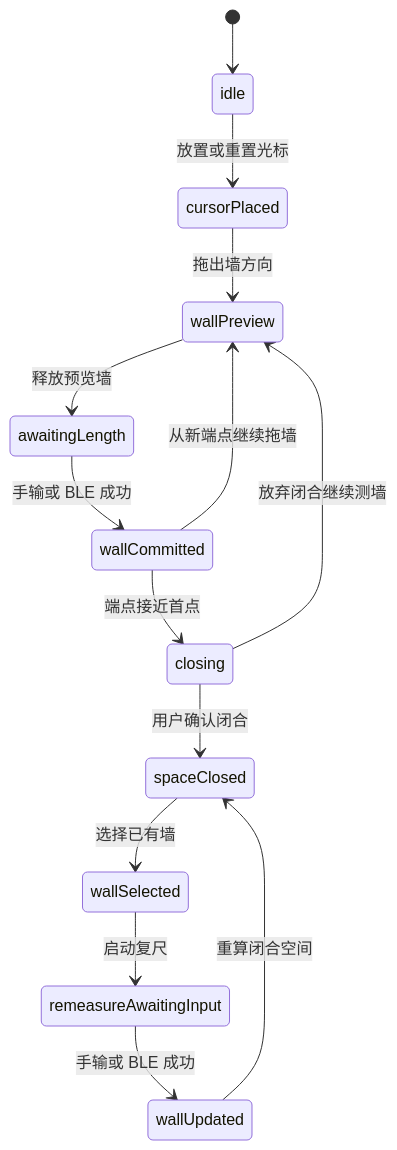
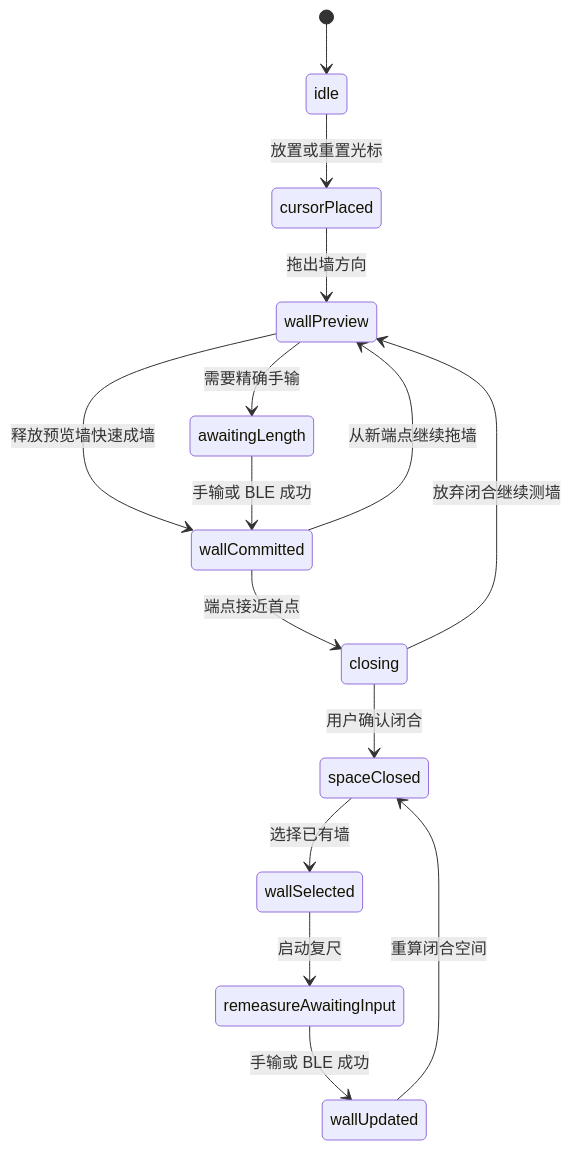
The diagram in docs/surveying-module/architecture-measurement-flow.md (zmc1212/Smart-Floor-Planner), drawn with Mermaid before and after one commit. The commit also changed other lines of this file and 151 other files, not shown here.

````diff
--- a/docs/surveying-module/architecture-measurement-flow.md
+++ b/docs/surveying-module/architecture-measurement-flow.md
@@ -8,16 +8,17 @@
 ```mermaid
 stateDiagram-v2
   [*] --> idle
   idle --> cursorPlaced: 放置或重置光标
   cursorPlaced --> wallPreview: 拖出墙方向
-  wallPreview --> awaitingLength: 释放预览墙
+  wallPreview --> wallCommitted: 释放预览墙快速成墙
+  wallPreview --> awaitingLength: 需要精确手输
   awaitingLength --> wallCommitted: 手输或 BLE 成功
   wallCommitted --> wallPreview: 从新端点继续拖墙
   wallCommitted --> closing: 端点接近首点
   closing --> spaceClosed: 用户确认闭合
   closing --> wallPreview: 放弃闭合继续测墙
   spaceClosed --> wallSelected: 选择已有墙
   wallSelected --> remeasureAwaitingInput: 启动复尺
   remeasureAwaitingInput --> wallUpdated: 手输或 BLE 成功
   wallUpdated --> spaceClosed: 重算闭合空间
 ```
````
